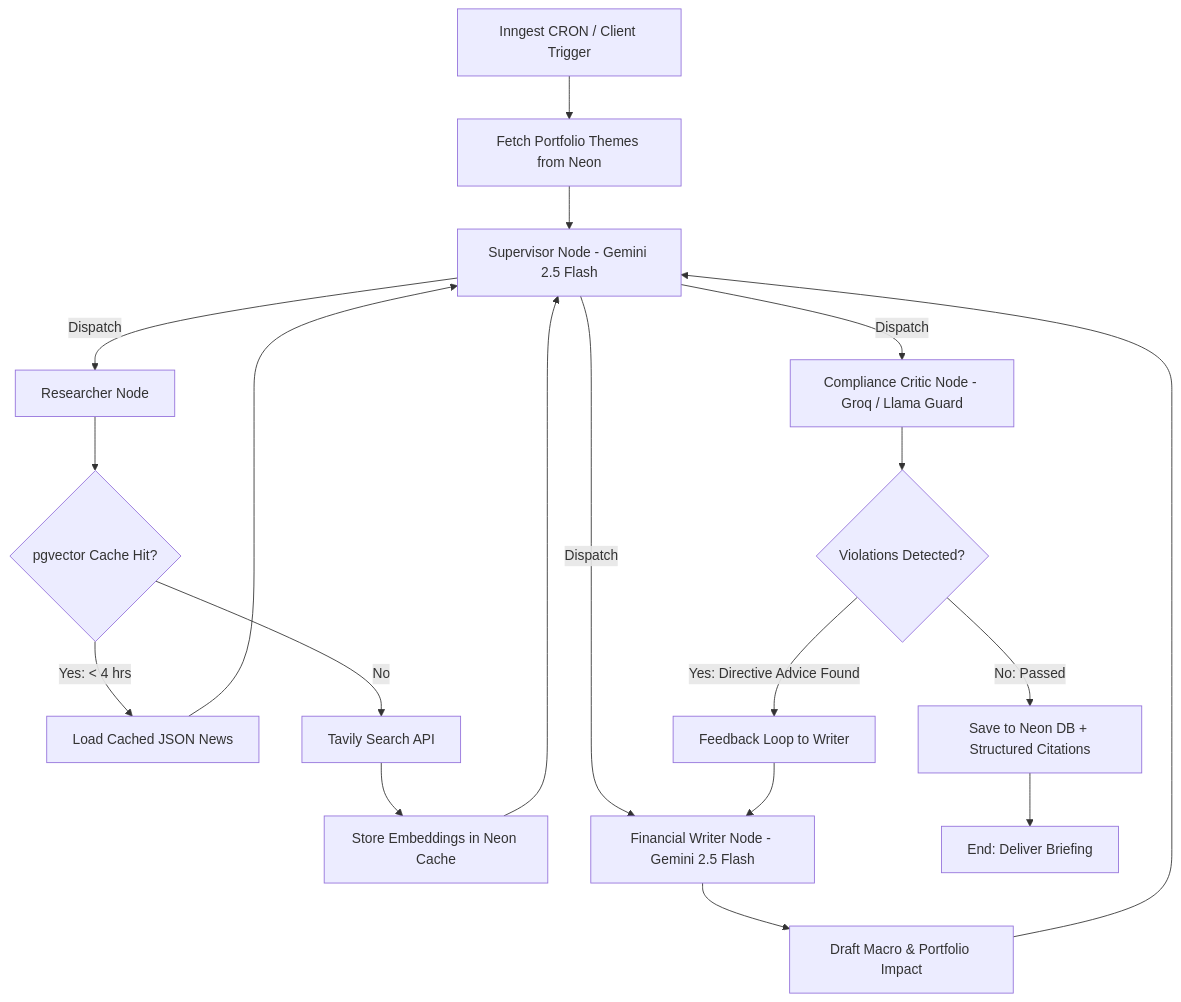
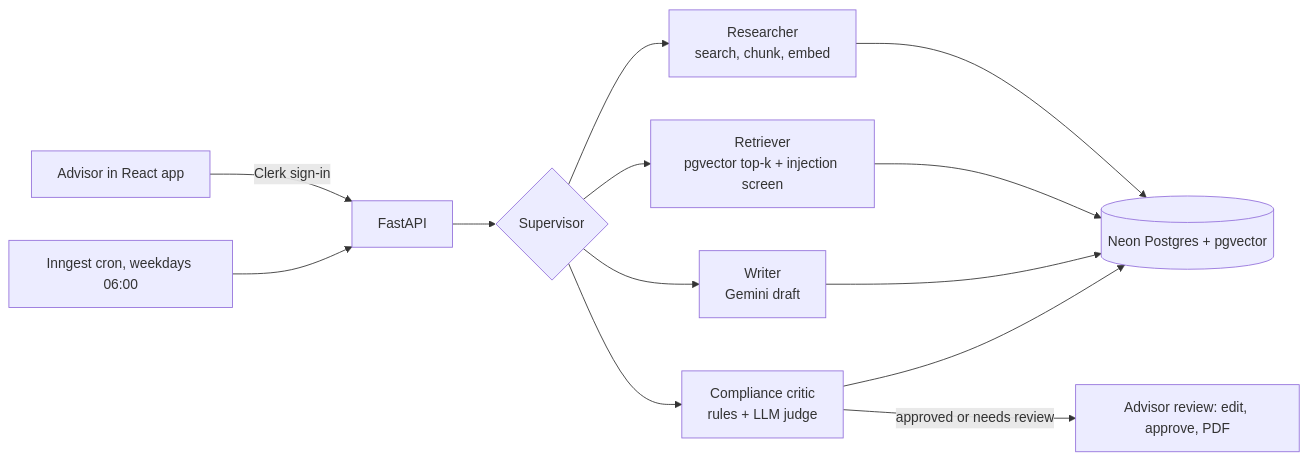
The diagram in README.md (vedant7151/Wealth-Management), drawn with Mermaid before and after one commit. The commit also changed other lines of this file and 234 other files, not shown here.

Commit message:
Production-ready release: hardened API, compliance engine, Gemini embeddings, client management, native deploy config, README

````diff
--- a/README.md
+++ b/README.md
@@ -11,23 +34,12 @@
 ```mermaid
-flowchart TD
-    A[Inngest CRON / Client Trigger] --> B[Fetch Portfolio Themes from Neon]
-    B --> C[Supervisor Node - Gemini 2.5 Flash]
-    
-    C -->|Dispatch| D[Researcher Node]
-    D --> E{pgvector Cache Hit?}
-    E -->|Yes: < 4 hrs| F[Load Cached JSON News]
-    E -->|No| G[Tavily Search API]
-    G --> H[Store Embeddings in Neon Cache]
-    F & H --> C
-    
-    C -->|Dispatch| I[Financial Writer Node - Gemini 2.5 Flash]
-    I --> J[Draft Macro & Portfolio Impact]
-    J --> C
-    
-    C -->|Dispatch| K[Compliance Critic Node - Groq / Llama Guard]
-    K --> L{Violations Detected?}
-    L -->|Yes: Directive Advice Found| M[Feedback Loop to Writer]
-    M --> I
-    L -->|No: Passed| N[Save to Neon DB + Structured Citations]
-    N --> O[End: Deliver Briefing]
+flowchart LR
+    A[Advisor in React app] -->|Clerk sign-in| B[FastAPI]
+    B --> C{Supervisor}
+    C --> D[Researcher<br/>search, chunk, embed]
+    C --> E[Retriever<br/>pgvector top-k + injection screen]
+    C --> F[Writer<br/>Gemini draft]
+    C --> G[Compliance critic<br/>rules + LLM judge]
+    D & E & F & G --> H[(Neon Postgres + pgvector)]
+    G -->|approved or needs review| I[Advisor review: edit, approve, PDF]
+    J[Inngest cron, weekdays 06:00] --> B
 ```
````
